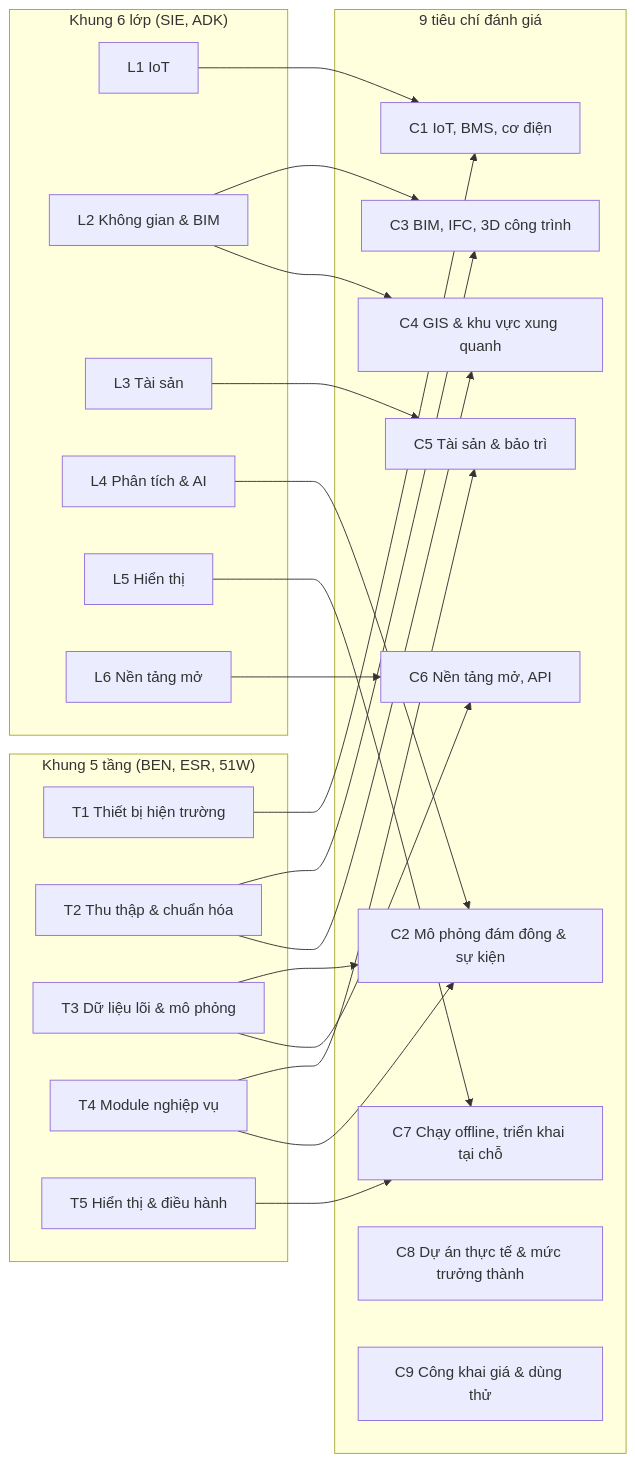
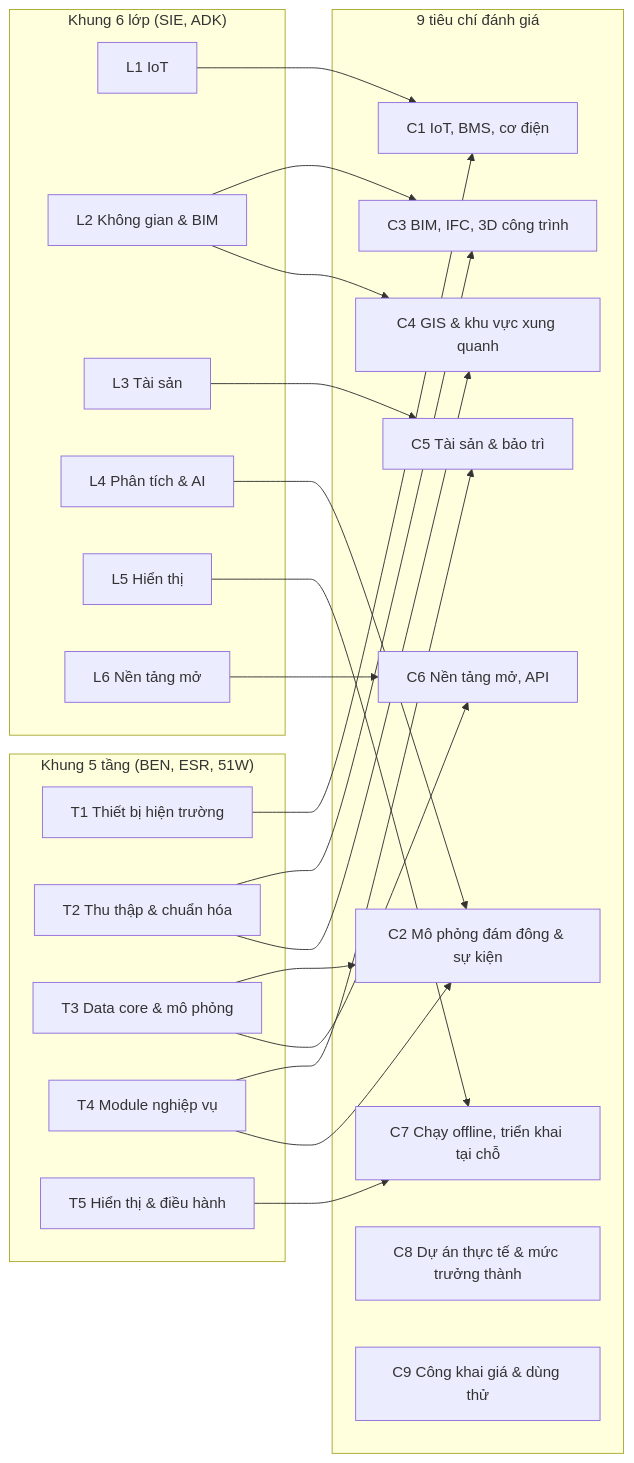
One commit to hoangtrunghieu0025-lab/internship_report changed the second of 11 diagrams in bao-cao-benchmark-tong-hop-5-he-sinh-thai.md. Above: the diagram before and after it, drawn with Mermaid. The commit also changed other lines of this file, not shown here.

Commit message:
Use 'core' instead of 'lõi' in benchmark report

````diff
--- a/bao-cao-benchmark-tong-hop-5-he-sinh-thai.md
+++ b/bao-cao-benchmark-tong-hop-5-he-sinh-thai.md
@@ -64,44 +64,44 @@
 ```mermaid
 flowchart LR
     subgraph K6["Khung 6 lớp (SIE, ADK)"]
         L1["L1 IoT"]
         L2["L2 Không gian & BIM"]
         L3["L3 Tài sản"]
         L4["L4 Phân tích & AI"]
         L5["L5 Hiển thị"]
         L6["L6 Nền tảng mở"]
     end
     subgraph K5["Khung 5 tầng (BEN, ESR, 51W)"]
         T1["T1 Thiết bị hiện trường"]
         T2["T2 Thu thập & chuẩn hóa"]
-        T3["T3 Dữ liệu lõi & mô phỏng"]
+        T3["T3 Data core & mô phỏng"]
         T4["T4 Module nghiệp vụ"]
         T5["T5 Hiển thị & điều hành"]
     end
     subgraph TC["9 tiêu chí đánh giá"]
         C1["C1 IoT, BMS, cơ điện"]
         C2["C2 Mô phỏng đám đông & sự kiện"]
         C3["C3 BIM, IFC, 3D công trình"]
         C4["C4 GIS & khu vực xung quanh"]
         C5["C5 Tài sản & bảo trì"]
         C6["C6 Nền tảng mở, API"]
         C7["C7 Chạy offline, triển khai tại chỗ"]
         C8["C8 Dự án thực tế & mức trưởng thành"]
         C9["C9 Công khai giá & dùng thử"]
     end
     L1 --> C1
     T1 --> C1
     L2 --> C3
     L2 --> C4
     T2 --> C3
     T2 --> C4
     L3 --> C5
     T4 --> C5
     L4 --> C2
     T3 --> C2
     T4 --> C2
     L6 --> C6
     T3 --> C6
     L5 --> C7
     T5 --> C7
 ```
````
